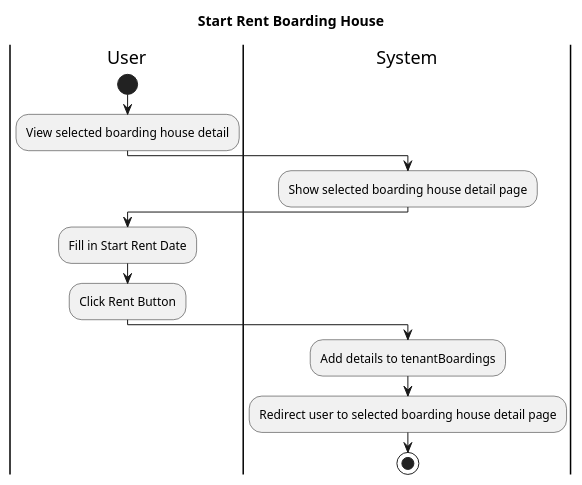
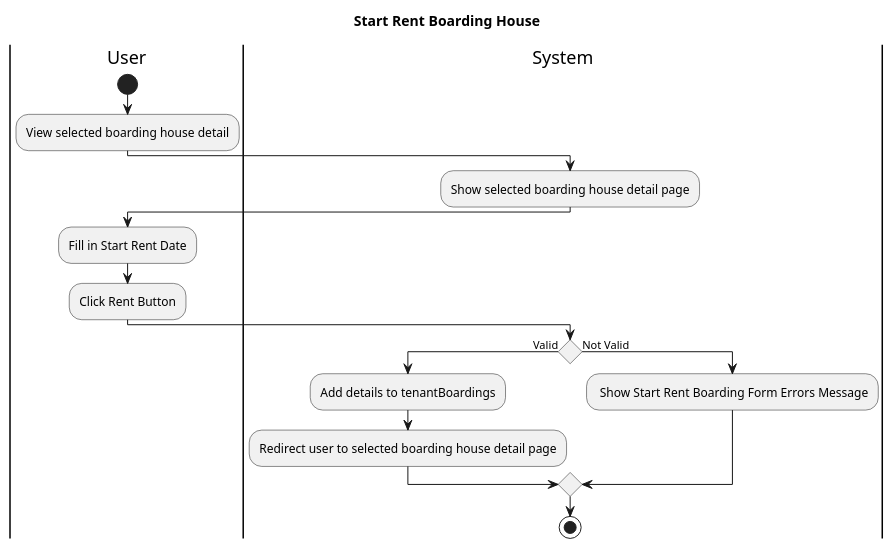
The diagram in Design/BHFMS_ACTIVITY/Tenant/Start Rent.puml (AntWort21/BHFMS), drawn with PlantUML before and after one commit. The commit also changed 2 other files, not shown here.

Commit message:
Update ERD

```diff
--- a/Design/BHFMS_ACTIVITY/Tenant/Start Rent.puml
+++ b/Design/BHFMS_ACTIVITY/Tenant/Start Rent.puml
@@ -1,19 +1,24 @@
 @startuml
 title Start Rent Boarding House
 |User|
 start
     :View selected boarding house detail;
 
 |System|
     :Show selected boarding house detail page;
 
 |User|
     :Fill in Start Rent Date;
     :Click Rent Button;
 
 |System|
-    :Add details to tenantBoardings;
+    if () is (Valid) then
+        :Add details to tenantBoardings;
     :Redirect user to selected boarding house detail page;
+    else (Not Valid)
+        : Show Start Rent Boarding Form Errors Message;
+    endif
+    
 stop
 
 @enduml
```
